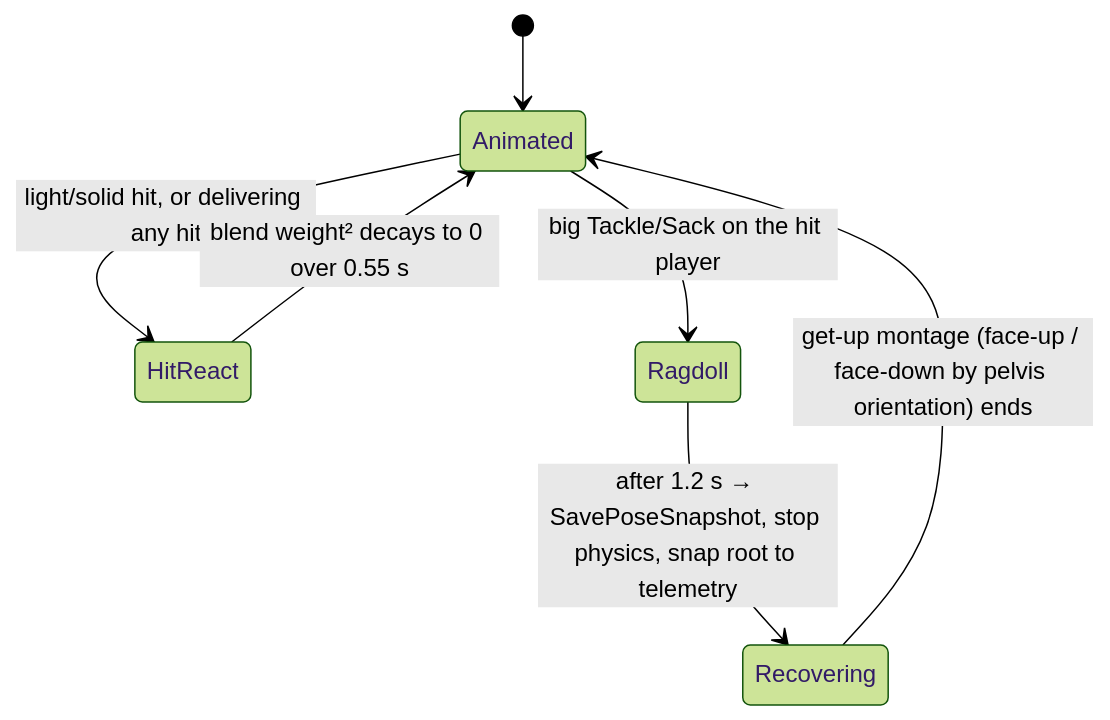
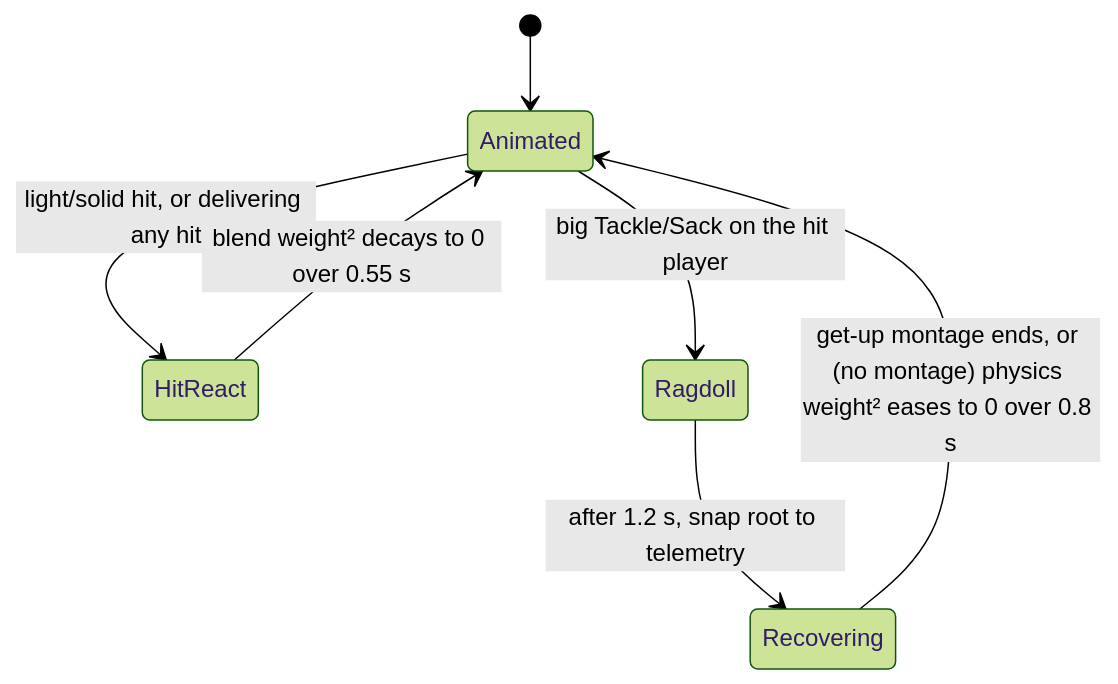
One commit to Axm2770/Gridiron changed the second of 3 diagrams in docs/ue5-engine-plan.md. Above: the diagram before and after it, drawn with Mermaid (forest theme). The commit also changed other lines of this file and 6 other files, not shown here.

````diff
--- a/docs/ue5-engine-plan.md
+++ b/docs/ue5-engine-plan.md
@@ -140,9 +140,9 @@
 ```mermaid
 stateDiagram-v2
   [*] --> Animated
   Animated --> HitReact: light/solid hit, or delivering any hit
   HitReact --> Animated: blend weight² decays to 0 over 0.55 s
   Animated --> Ragdoll: big Tackle/Sack on the hit player
-  Ragdoll --> Recovering: after 1.2 s → SavePoseSnapshot, stop physics, snap root to telemetry
-  Recovering --> Animated: get-up montage (face-up / face-down by pelvis orientation) ends
+  Ragdoll --> Recovering: after 1.2 s, snap root to telemetry
+  Recovering --> Animated: get-up montage ends, or (no montage) physics weight² eases to 0 over 0.8 s
 ```
````
